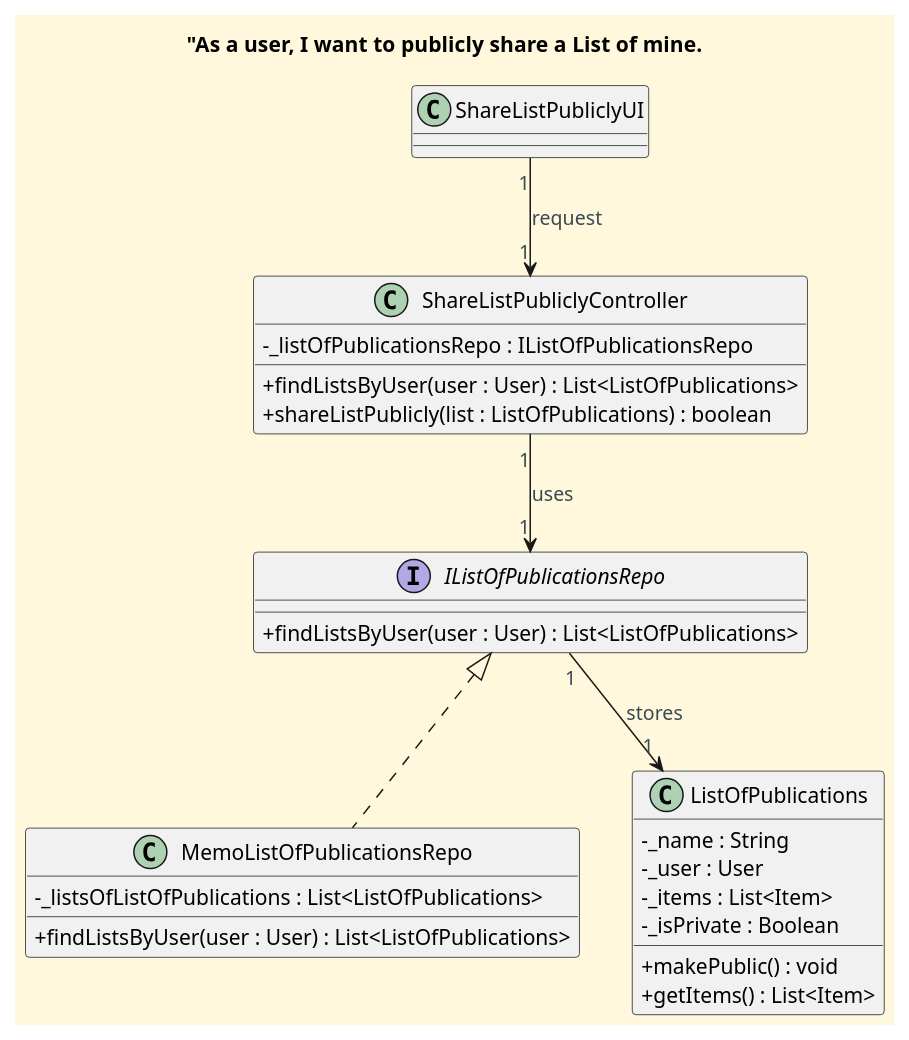
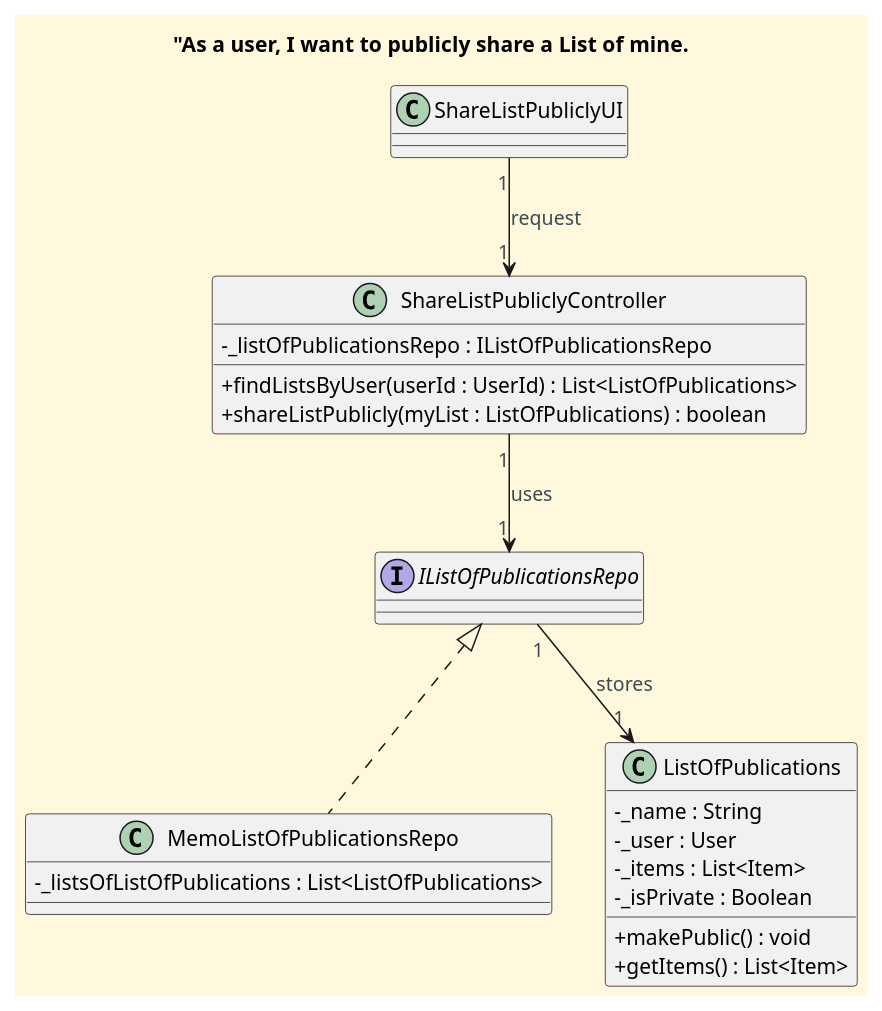
Before and after one commit to CarolinaLeite-collab/JavaMarketplacePlatform: the diagram in docs/functionalities/user/publicly-share-list-of-mine/To_Publicly_Share_A_List_Of_Mine_CD.puml, drawn with PlantUML. The commit also changed 1 other file, not shown here.

Commit message:
task: design update to PubliclyShareAListOfMine funtionality diagrams, #615

```diff
--- a/docs/functionalities/user/publicly-share-list-of-mine/To_Publicly_Share_A_List_Of_Mine_CD.puml
+++ b/docs/functionalities/user/publicly-share-list-of-mine/To_Publicly_Share_A_List_Of_Mine_CD.puml
@@ -1,48 +1,48 @@
 @startuml
 'https://plantuml.com/class-diagram
 title "As a user, I want to publicly share a List of mine.
 
 '==== basic style ====
 skinparam monochrome false
 skinparam shadowing false
 skinparam defaultFontName Futura
 skinparam objectFontSize 20
 skinparam backgroundColor CornSilk
 skinparam objectBackgroundColor WhiteSmoke
 skinparam noteBackgroundColor #FFFFE0
 skinparam ArrowFontColor #3B4953
 skinparam ActivationBackgroundColor black
 skinparam classAttributeIconSize 0
 
 class ShareListPubliclyUI
 
 class ShareListPubliclyController {
     - _listOfPublicationsRepo : IListOfPublicationsRepo
-    + findListsByUser(user : User) : List<ListOfPublications>
-    + shareListPublicly(list : ListOfPublications) : boolean
+    + findListsByUser(userId : UserId) : List<ListOfPublications>
+    + shareListPublicly(myList : ListOfPublications) : boolean
 }
 
 interface IListOfPublicationsRepo {
-    + findListsByUser(user : User) : List<ListOfPublications>
+
 }
 
 class MemoListOfPublicationsRepo {
     - _listsOfListOfPublications : List<ListOfPublications>
-    + findListsByUser(user : User) : List<ListOfPublications>
+
 }
 
 class ListOfPublications {
     - _name : String
     - _user : User
     - _items : List<Item>
     - _isPrivate : Boolean
     + makePublic() : void
     + getItems() : List<Item>
 }
 
 "ShareListPubliclyUI" "1" --> "1" "ShareListPubliclyController" : request
 "ShareListPubliclyController" "1" --> "1" "IListOfPublicationsRepo" : uses
 "IListOfPublicationsRepo" "1" --> "1" "ListOfPublications" : stores
 IListOfPublicationsRepo <|.. MemoListOfPublicationsRepo
 
 @enduml
```
